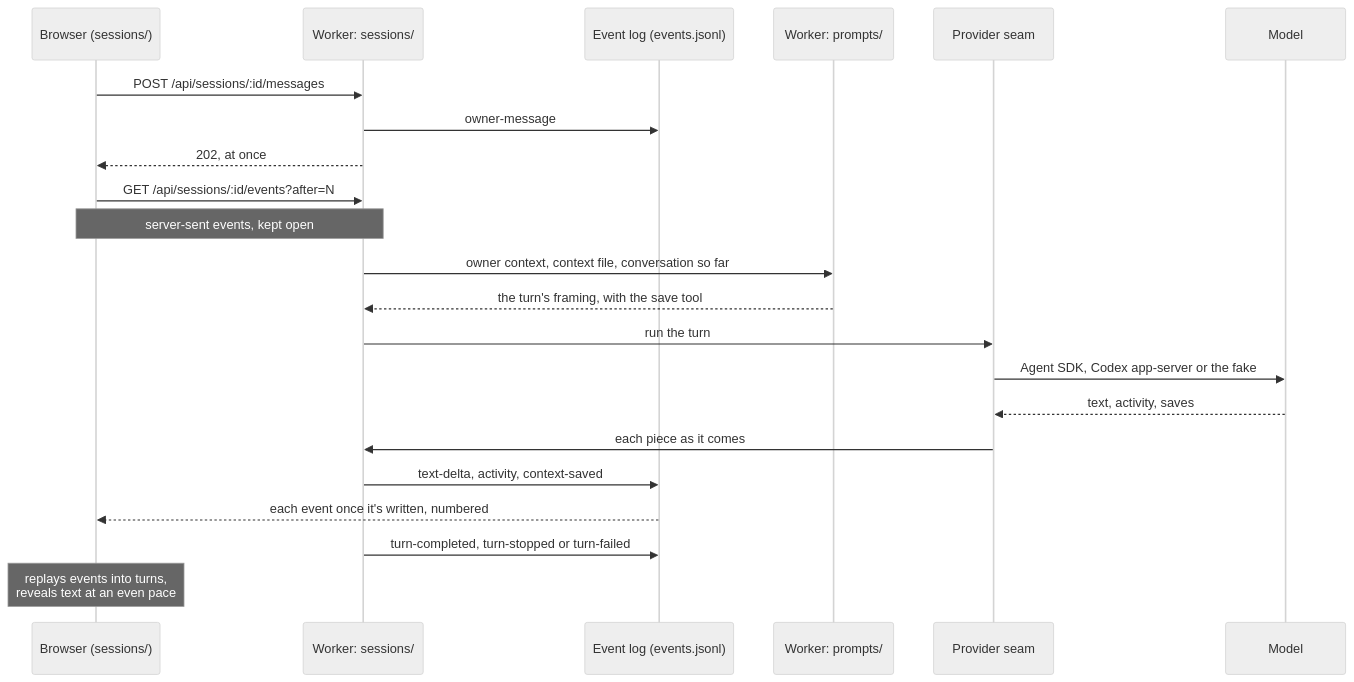
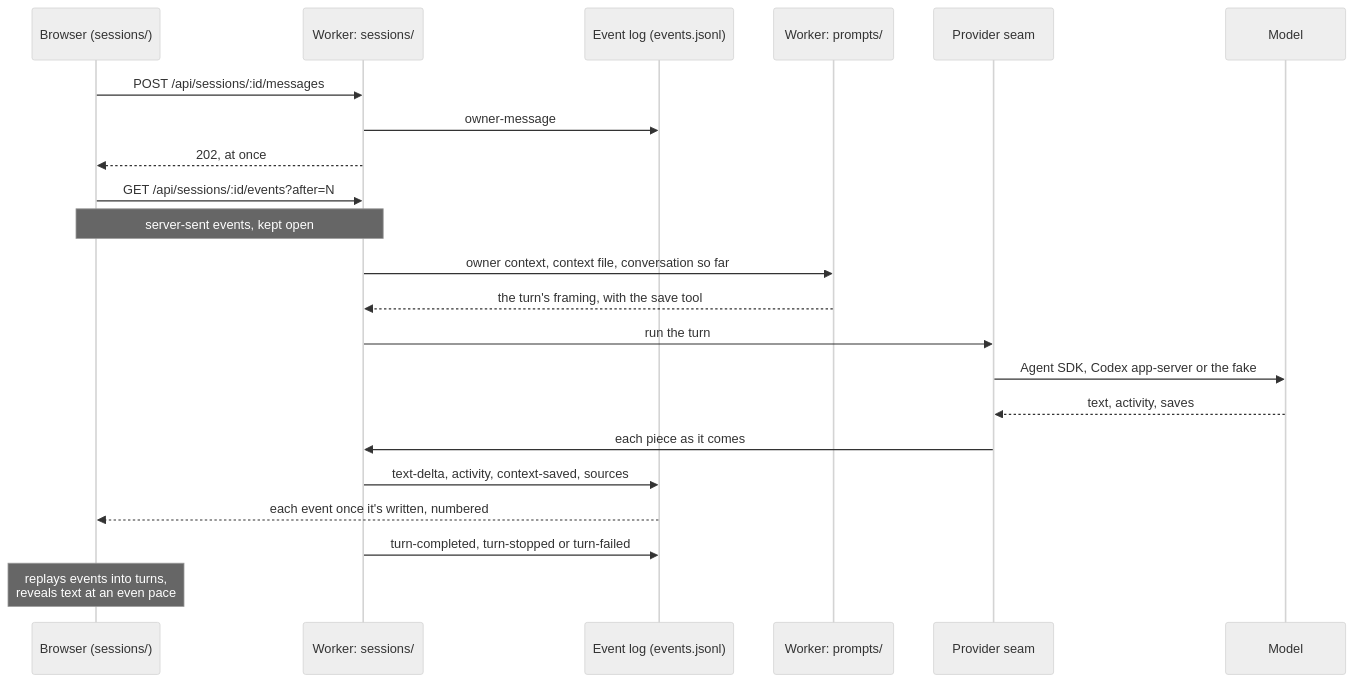
The second of 2 diagrams in docs/architecture.md (KallendJack/courtyard), drawn with Mermaid (neutral theme) before and after one commit. The commit also changed other lines of this file and 2 other files, not shown here.

Commit message:
Web search: ADR 0019, the architecture map and the glossary

````diff
--- a/docs/architecture.md
+++ b/docs/architecture.md
@@ -189,25 +193,25 @@
 ```mermaid
 sequenceDiagram
   participant B as Browser (sessions/)
   participant S as Worker: sessions/
   participant L as Event log (events.jsonl)
   participant F as Worker: prompts/
   participant P as Provider seam
   participant M as Model
 
   B->>S: POST /api/sessions/:id/messages
   S->>L: owner-message
   S-->>B: 202, at once
   B->>S: GET /api/sessions/:id/events?after=N
   Note over B,S: server-sent events, kept open
   S->>F: owner context, context file, conversation so far
   F-->>S: the turn's framing, with the save tool
   S->>P: run the turn
   P->>M: Agent SDK, Codex app-server or the fake
   M-->>P: text, activity, saves
   P->>S: each piece as it comes
-  S->>L: text-delta, activity, context-saved
+  S->>L: text-delta, activity, context-saved, sources
   L-->>B: each event once it's written, numbered
   S->>L: turn-completed, turn-stopped or turn-failed
   Note over B: replays events into turns,<br/>reveals text at an even pace
 ```
````
